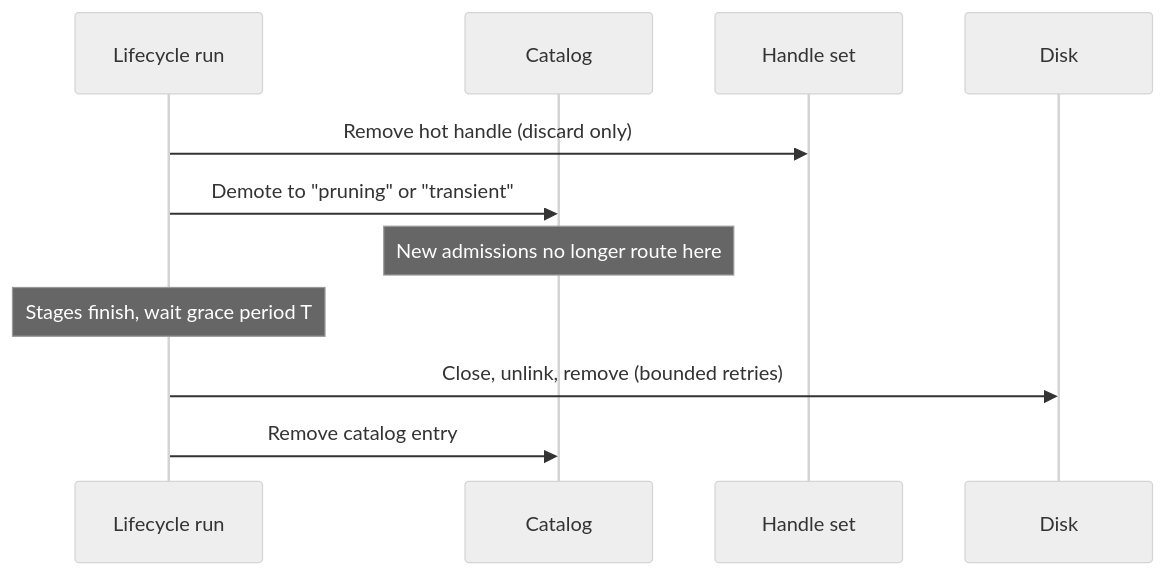
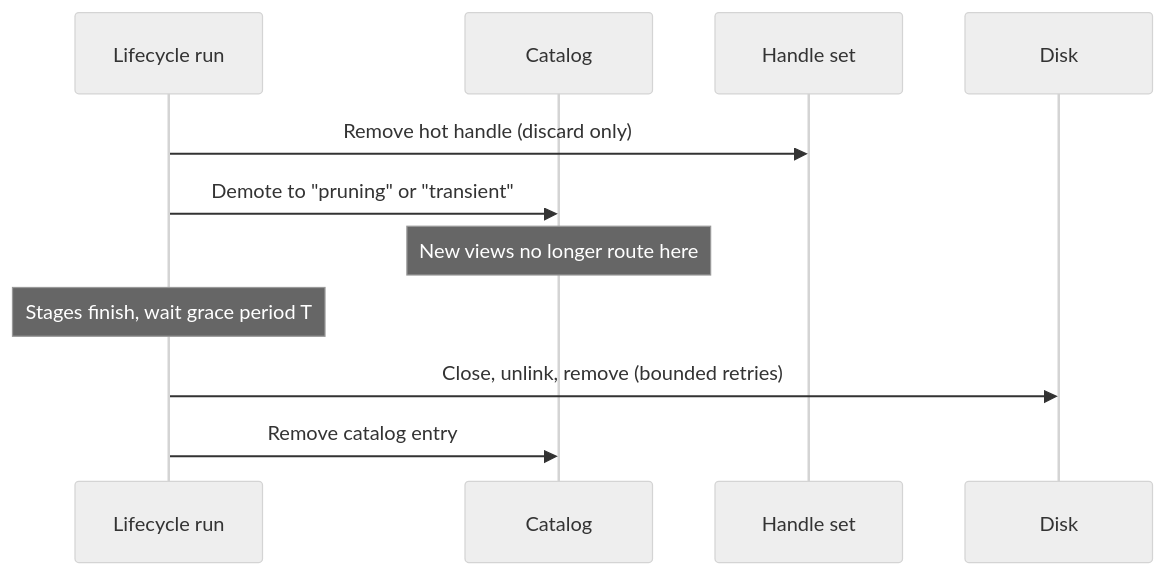
Before and after one commit to stellar/stellar-rpc: the second of 2 diagrams in design-docs/query-routing-design.md, drawn with Mermaid (neutral theme). The commit also changed other lines of this file and 1 other file, not shown here.

````diff
--- a/design-docs/query-routing-design.md
+++ b/design-docs/query-routing-design.md
@@ -215,14 +228,14 @@
 ```mermaid
 sequenceDiagram
     participant L as Lifecycle run
     participant C as Catalog
     participant H as Handle set
     participant FS as Disk
 
     L->>H: Remove hot handle (discard only)
     L->>C: Demote to "pruning" or "transient"
-    Note over C: New admissions no longer route here
+    Note over C: New views no longer route here
     Note over L: Stages finish, wait grace period T
     L->>FS: Close, unlink, remove (bounded retries)
     L->>C: Remove catalog entry
 ```
````
